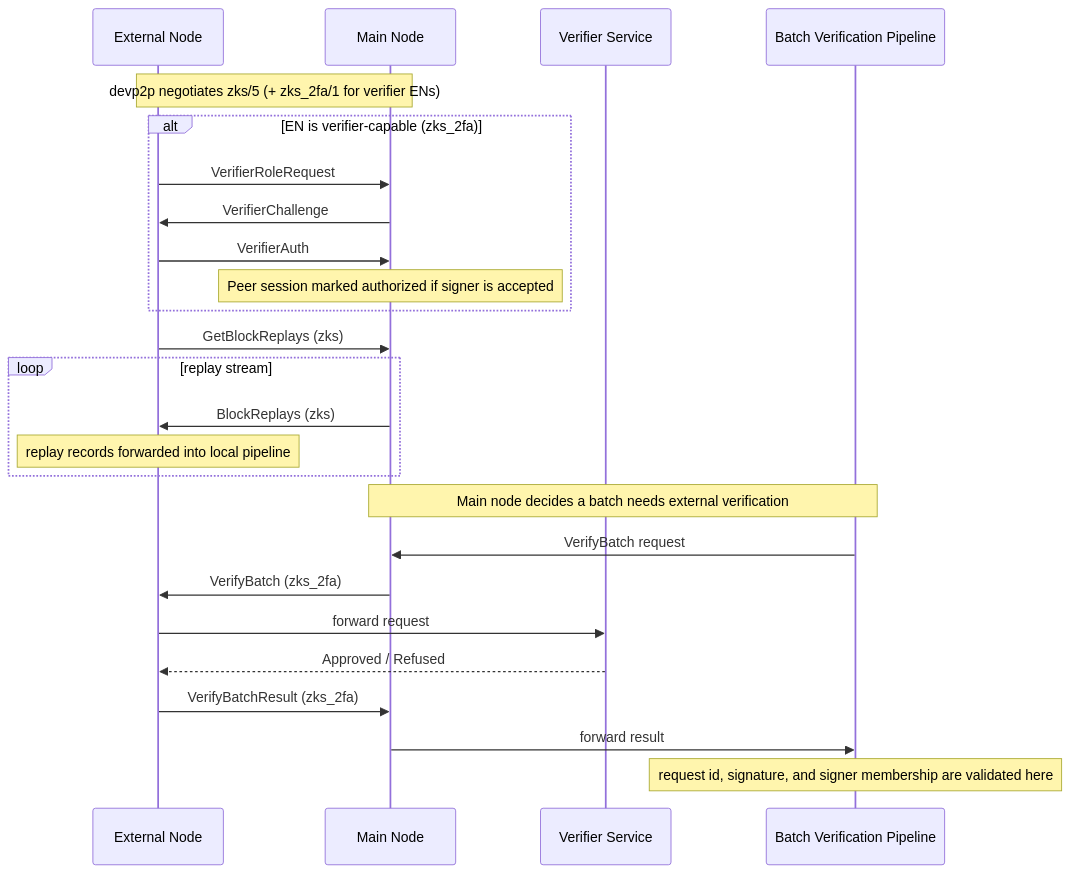
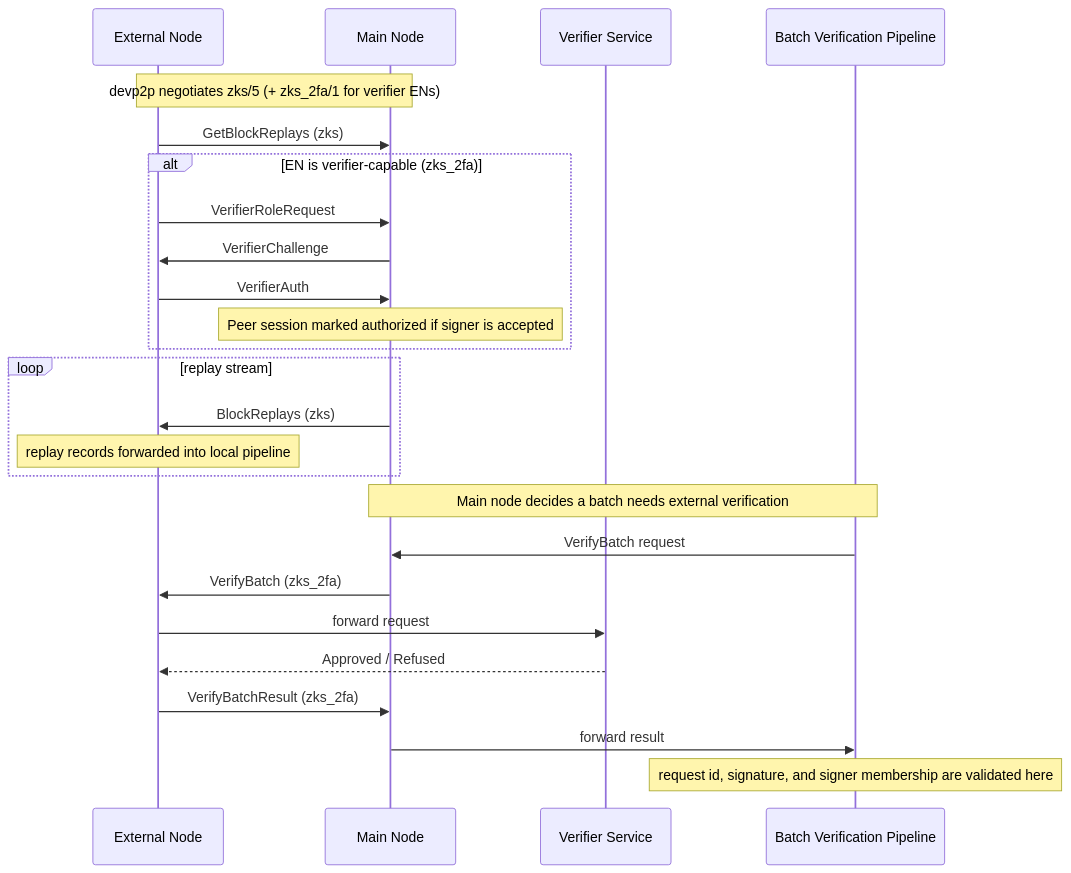
The diagram in docs/src/design/devp2p.md (syscoin/zksync-os-server), drawn with Mermaid before and after one commit. The commit also changed other lines of this file and 79 other files, not shown here.

````diff
--- a/docs/src/design/devp2p.md
+++ b/docs/src/design/devp2p.md
@@ -123,31 +203,31 @@
 ```mermaid
 sequenceDiagram
     participant EN as External Node
     participant MN as Main Node
     participant VS as Verifier Service
     participant BV as Batch Verification Pipeline
 
     Note over EN,MN: devp2p negotiates zks/5 (+ zks_2fa/1 for verifier ENs)
+    EN->>MN: GetBlockReplays (zks)
 
     alt EN is verifier-capable (zks_2fa)
         EN->>MN: VerifierRoleRequest
         MN->>EN: VerifierChallenge
         EN->>MN: VerifierAuth
         Note over MN: Peer session marked authorized if signer is accepted
     end
 
-    EN->>MN: GetBlockReplays (zks)
     loop replay stream
         MN->>EN: BlockReplays (zks)
         Note over EN: replay records forwarded into local pipeline
     end
 
     Note over MN,BV: Main node decides a batch needs external verification
     BV->>MN: VerifyBatch request
     MN->>EN: VerifyBatch (zks_2fa)
     EN->>VS: forward request
     VS-->>EN: Approved / Refused
     EN->>MN: VerifyBatchResult (zks_2fa)
     MN->>BV: forward result
     Note over BV: request id, signature, and signer membership are validated here
 ```
````
